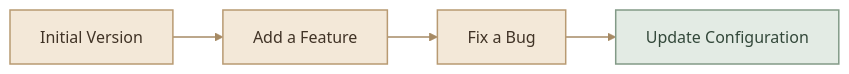
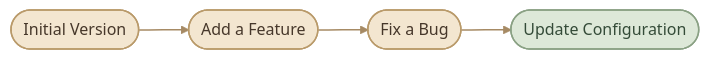
The first of 6 diagrams in content/version-control/Git and GitHub/version-control-fundamentals.mdx (mustafammasoud/ops-handbook), drawn with Mermaid (base theme) before and after one commit. The commit also changed other lines of this file and 17 other files, not shown here.

````diff
--- a/content/version-control/Git and GitHub/version-control-fundamentals.mdx
+++ b/content/version-control/Git and GitHub/version-control-fundamentals.mdx
@@ -53,14 +53,14 @@
 ```mermaid
 flowchart LR
-    A["Initial Version"] --> B["Add a Feature"]
-    B --> C["Fix a Bug"]
-    C --> D["Update Configuration"]
+    A(["Initial Version"]) --> B(["Add a Feature"])
+    B --> C(["Fix a Bug"])
+    C --> D(["Update Configuration"])
 
-    classDef version fill:#F3E8D8,stroke:#B89A72,color:#403326,stroke-width:1.5px
-    classDef latest fill:#E3EBE4,stroke:#829A87,color:#33483A,stroke-width:1.5px
+    classDef version fill:#F3E6D0,stroke:#B99A6A,color:#46372A,stroke-width:1.5px
+    classDef latest fill:#DDE8D8,stroke:#8AA184,color:#344B38,stroke-width:1.5px
 
     class A,B,C version
     class D latest
 
     linkStyle default stroke:#A68A64,stroke-width:1.5px
 ```
````
